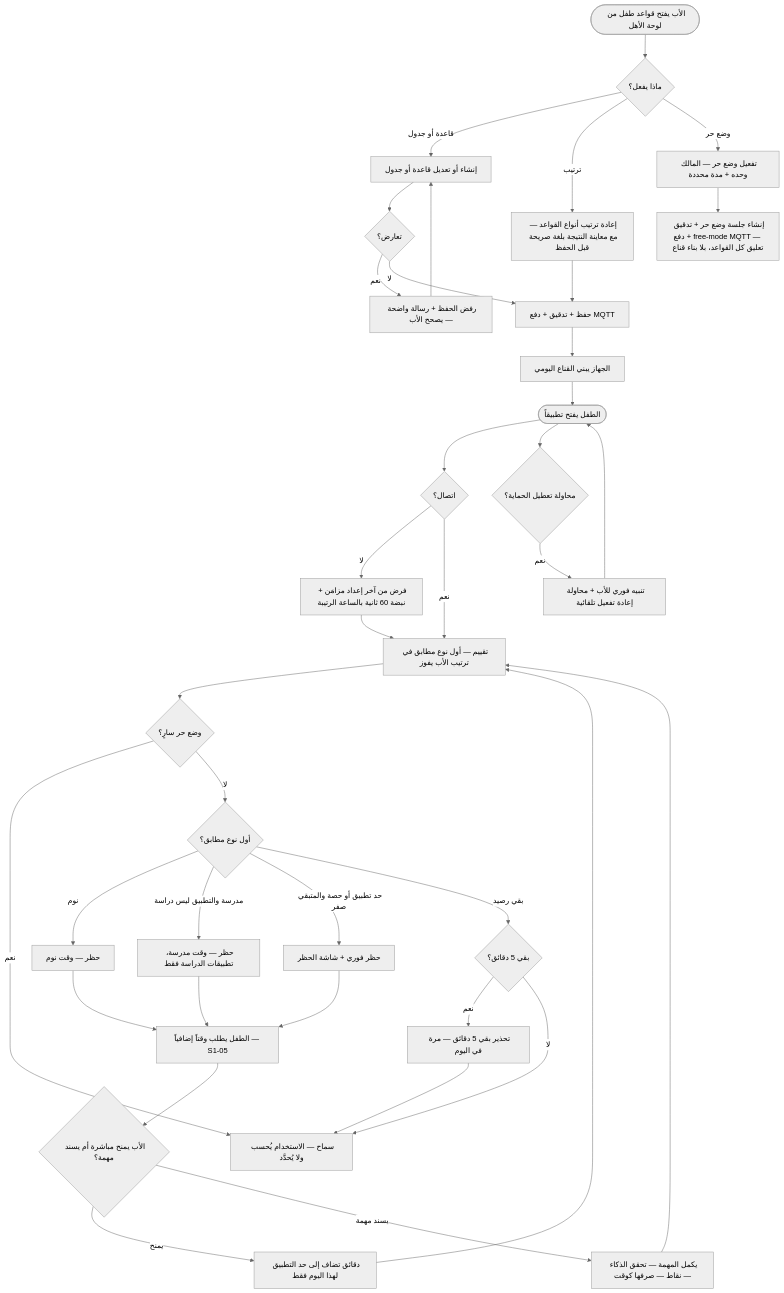
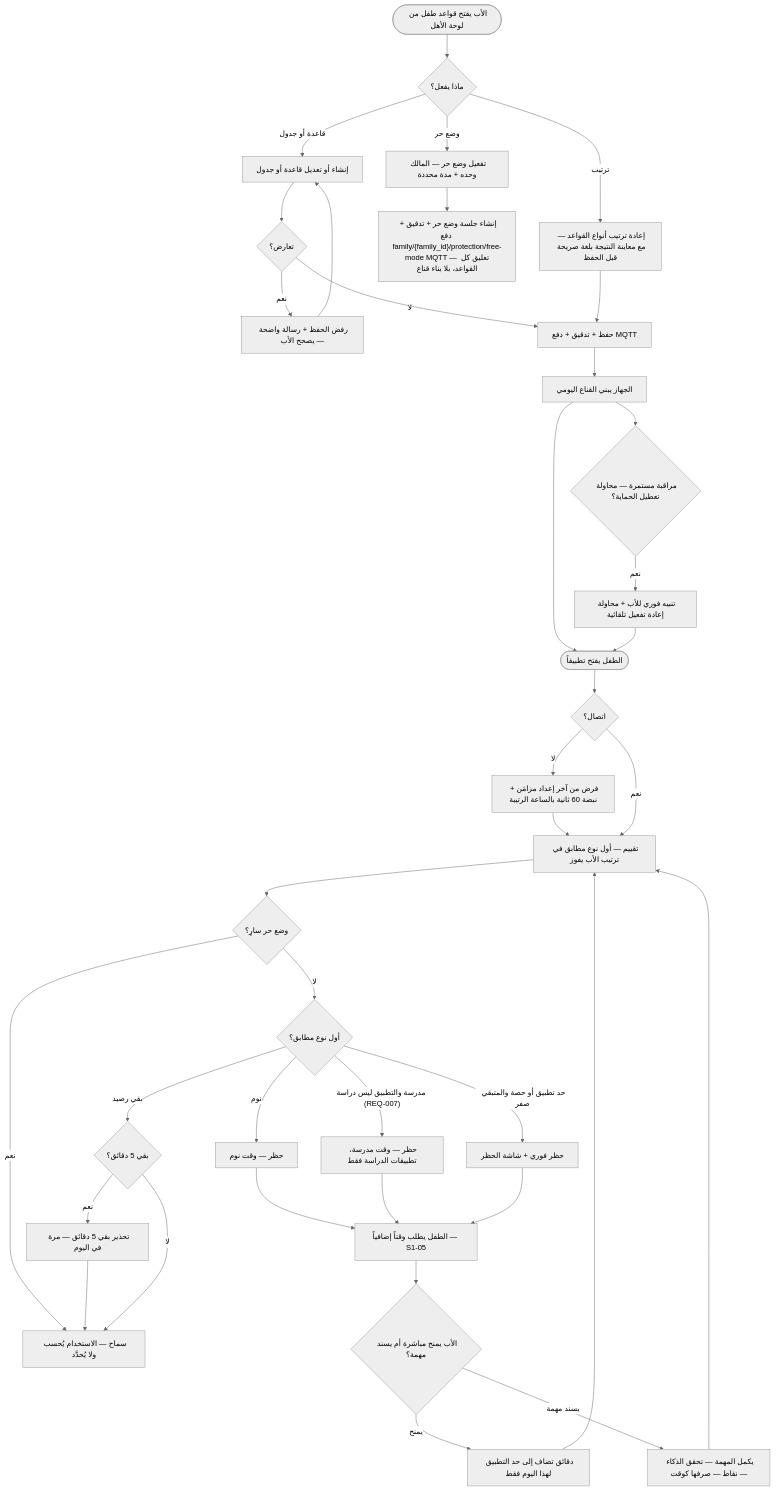
Diagram 12 of 14 in docs/family-os/governance/phases/phase-1/S1-10-protection-and-enforcement/DIAGRAMS.md (Bassam-mohammed-alqaeadi/family-os-v2), drawn with Mermaid (neutral theme) before and after one commit. The commit also changed other lines of this file and 10 other files, not shown here.

Commit message:
إغلاق المراجعة الشاملة R1–R5 (Q-196…Q-231) — المخططات DIAGRAMS + خريطة السياق (2/4)

````diff
--- a/docs/family-os/governance/phases/phase-1/S1-10-protection-and-enforcement/DIAGRAMS.md
+++ b/docs/family-os/governance/phases/phase-1/S1-10-protection-and-enforcement/DIAGRAMS.md
@@ -412,40 +445,40 @@
 ```mermaid
 flowchart TD
     FStart([الأب يفتح قواعد طفل من لوحة الأهل]) --> FAct{ماذا يفعل؟}
     FAct -->|قاعدة أو جدول| FEdit[إنشاء أو تعديل قاعدة أو جدول]
     FEdit --> FConf{تعارض؟}
     FConf -->|نعم| FRej[رفض الحفظ + رسالة واضحة — يصحح الأب]
     FRej --> FEdit
     FConf -->|لا| FSave[حفظ + تدقيق + دفع MQTT]
     FAct -->|ترتيب| FOrd[إعادة ترتيب أنواع القواعد — مع معاينة النتيجة بلغة صريحة قبل الحفظ]
     FOrd --> FSave
     FAct -->|وضع حر| FFree[تفعيل وضع حر — المالك وحده + مدة محددة]
-    FFree --> FFreeSave[إنشاء جلسة وضع حر + تدقيق + دفع free-mode MQTT — تعليق كل القواعد، بلا بناء قناع]
+    FFree --> FFreeSave["إنشاء جلسة وضع حر + تدقيق + دفع family/{family_id}/protection/free-mode MQTT — تعليق كل القواعد، بلا بناء قناع"]
     FSave --> Sync[الجهاز يبني القناع اليومي]
     Sync --> COpen([الطفل يفتح تطبيقاً])
     COpen --> CConn{اتصال؟}
     CConn -->|لا| COff[فرض من آخر إعداد مزامَن + نبضة 60 ثانية بالساعة الرتيبة]
     COff --> CEval
     CConn -->|نعم| CEval[تقييم — أول نوع مطابق في ترتيب الأب يفوز]
     CEval --> CFree{وضع حر سارٍ؟}
     CFree -->|نعم| CAllow[سماح — الاستخدام يُحسب ولا يُحدَّد]
     CFree -->|لا| CMatch{أول نوع مطابق؟}
     CMatch -->|نوم| CBlockN[حظر — وقت نوم]
-    CMatch -->|مدرسة والتطبيق ليس دراسة| CBlockS[حظر — وقت مدرسة، تطبيقات الدراسة فقط]
+    CMatch -->|"مدرسة والتطبيق ليس دراسة (REQ-007)"| CBlockS[حظر — وقت مدرسة، تطبيقات الدراسة فقط]
     CMatch -->|حد تطبيق أو حصة والمتبقي صفر| CBlockQ[حظر فوري + شاشة الحظر]
     CMatch -->|بقي رصيد| CWarn{بقي 5 دقائق؟}
     CWarn -->|نعم| CWarn2[تحذير بقي 5 دقائق — مرة في اليوم]
     CWarn2 --> CAllow
     CWarn -->|لا| CAllow
     CBlockN --> CReq[الطفل يطلب وقتاً إضافياً — S1-05]
     CBlockS --> CReq
     CBlockQ --> CReq
     CReq --> FDec{الأب يمنح مباشرة أم يسند مهمة؟}
     FDec -->|يمنح| CGrant[دقائق تضاف إلى حد التطبيق لهذا اليوم فقط]
     CGrant --> CEval
     FDec -->|يسند مهمة| CTask[يكمل المهمة — تحقق الذكاء — نقاط — صرفها كوقت]
     CTask --> CEval
-    COpen --> CTamper{محاولة تعطيل الحماية؟}
+    Sync --> CTamper{مراقبة مستمرة — محاولة تعطيل الحماية؟}
     CTamper -->|نعم| CTAlert[تنبيه فوري للأب + محاولة إعادة تفعيل تلقائية]
     CTAlert --> COpen
 ```
````
